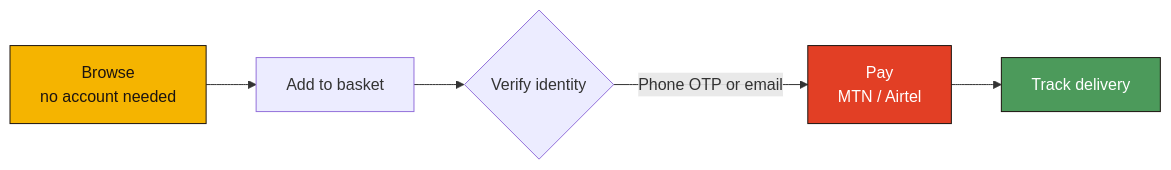
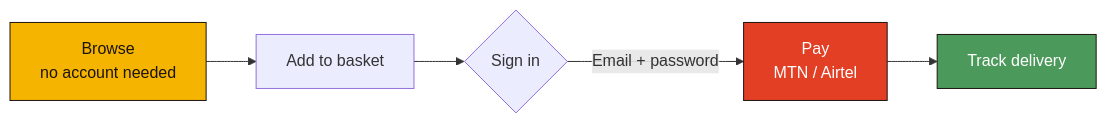
The first of 4 diagrams in README.md (SpeakPower-commits/tonninyira), drawn with Mermaid before and after one commit. The commit also changed other lines of this file and 17 other files, not shown here.

````diff
--- a/README.md
+++ b/README.md
@@ -47,10 +52,10 @@
 ```mermaid
 flowchart LR
   A["Browse<br/>no account needed"] --> B["Add to basket"]
-  B --> C{"Verify identity"}
-  C -->|"Phone OTP or email"| D["Pay<br/>MTN / Airtel"]
+  B --> C{"Sign in"}
+  C -->|"Email + password"| D["Pay<br/>MTN / Airtel"]
   D --> E["Track delivery"]
   style A fill:#F5B400,stroke:#1C1410,color:#1C1410
   style D fill:#E23F25,stroke:#1C1410,color:#ffffff
   style E fill:#4C9A5B,stroke:#1C1410,color:#ffffff
 ```
````
